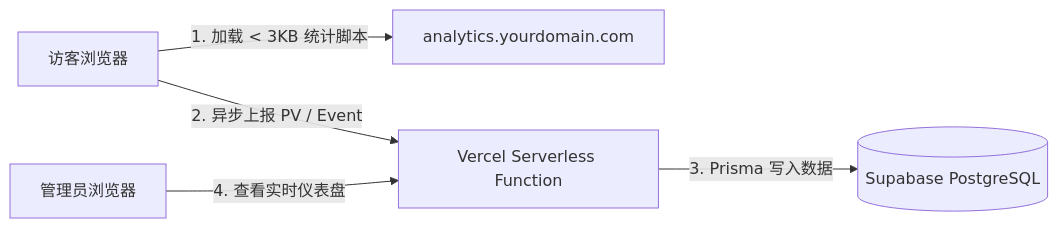
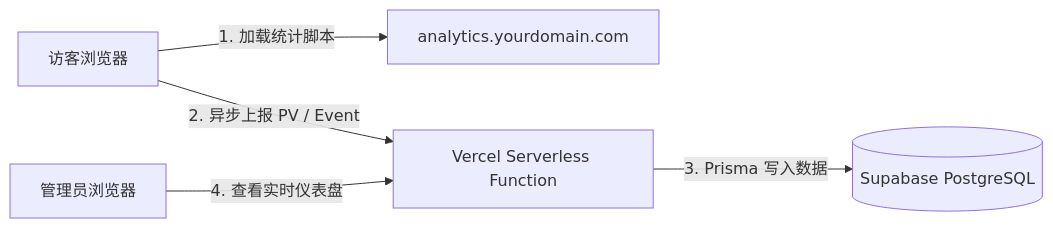
Before and after one commit to ljh12138164/blog: the diagram in app/posts/umami-vercel-supabase/page.mdx, drawn with Mermaid. The commit also changed other lines of this file and 7 other files, not shown here.

````diff
--- a/app/posts/umami-vercel-supabase/page.mdx
+++ b/app/posts/umami-vercel-supabase/page.mdx
@@ -31,7 +31,7 @@
 ```mermaid
 flowchart LR
-  U[访客浏览器] -->|1. 加载 < 3KB 统计脚本| S[analytics.yourdomain.com]
+  U[访客浏览器] -->|1. 加载统计脚本| S[analytics.yourdomain.com]
   U -->|2. 异步上报 PV / Event| V[Vercel Serverless Function]
   V -->|3. Prisma 写入数据| D[(Supabase PostgreSQL)]
   A[管理员浏览器] -->|4. 查看实时仪表盘| V
 ```
````
